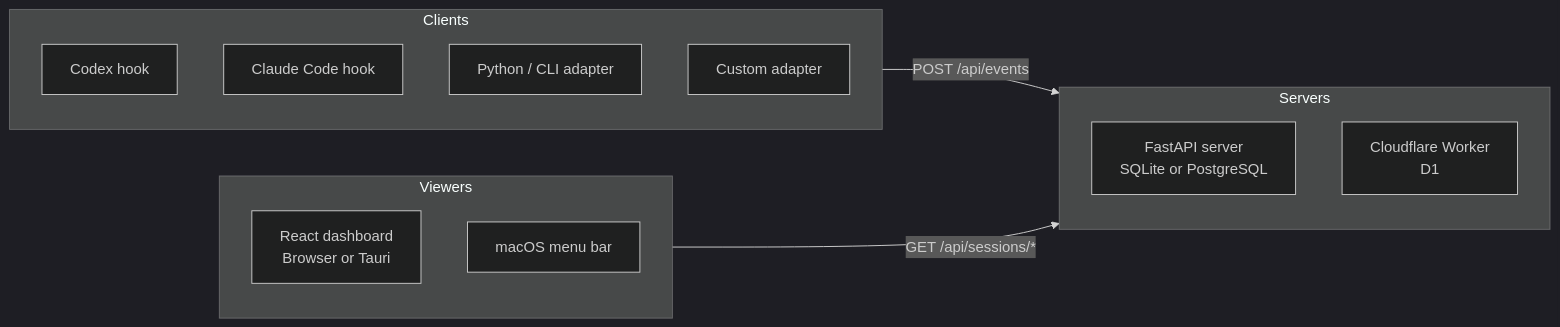
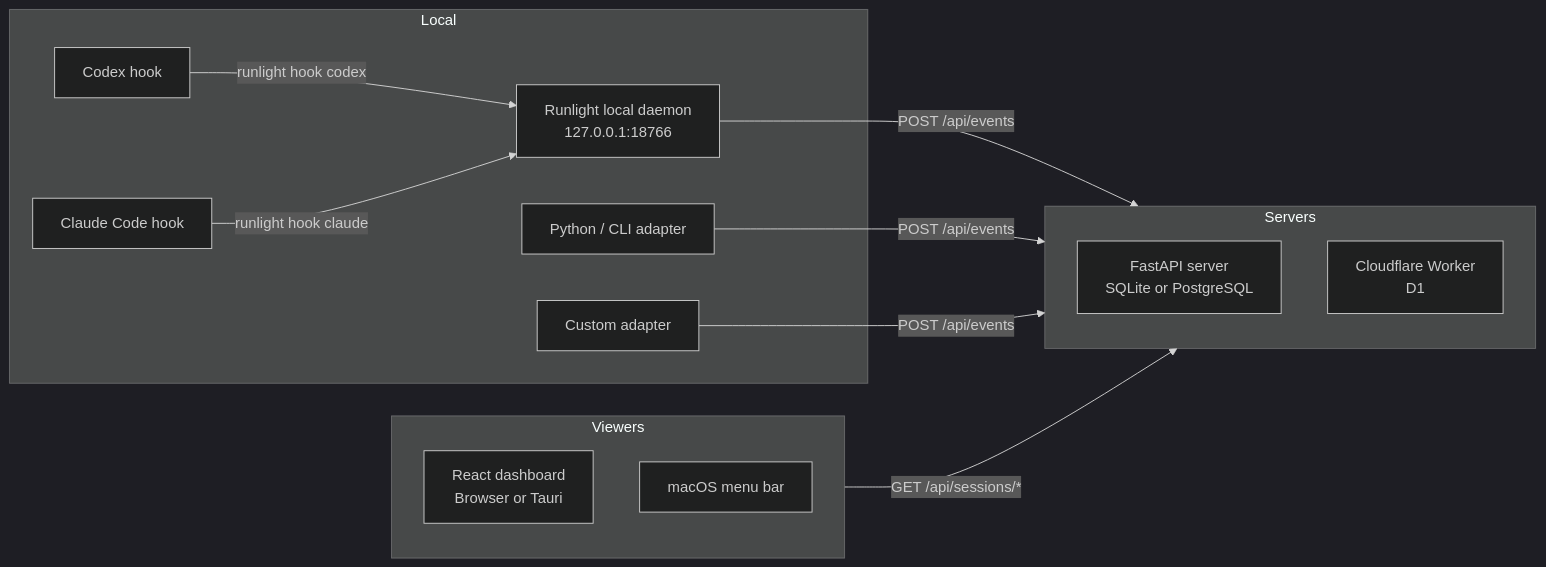
The diagram in README.md (Renaissance-Mind/Runlight), drawn with Mermaid (dark theme) before and after one commit. The commit also changed other lines of this file and 40 other files, not shown here.

Commit message:
feat: add daemon-first local CLI

````diff
--- a/README.md
+++ b/README.md
@@ -52,22 +54,27 @@
 ```mermaid
 flowchart LR
-  subgraph Clients
+  subgraph Local
     Codex["Codex hook"]
     Claude["Claude Code hook"]
+    Daemon["Runlight local daemon<br/>127.0.0.1:18766"]
     Python["Python / CLI adapter"]
     Custom["Custom adapter"]
   end
 
   subgraph Servers
     FastAPI["FastAPI server<br/>SQLite or PostgreSQL"]
     Worker["Cloudflare Worker<br/>D1"]
   end
 
   subgraph Viewers
     Dashboard["React dashboard<br/>Browser or Tauri"]
     Menubar["macOS menu bar"]
   end
 
-  Clients -->|"POST /api/events"| Servers
+  Codex -->|"runlight hook codex"| Daemon
+  Claude -->|"runlight hook claude"| Daemon
+  Daemon -->|"POST /api/events"| Servers
+  Python -->|"POST /api/events"| Servers
+  Custom -->|"POST /api/events"| Servers
   Viewers -->|"GET /api/sessions/*"| Servers
 ```
````
